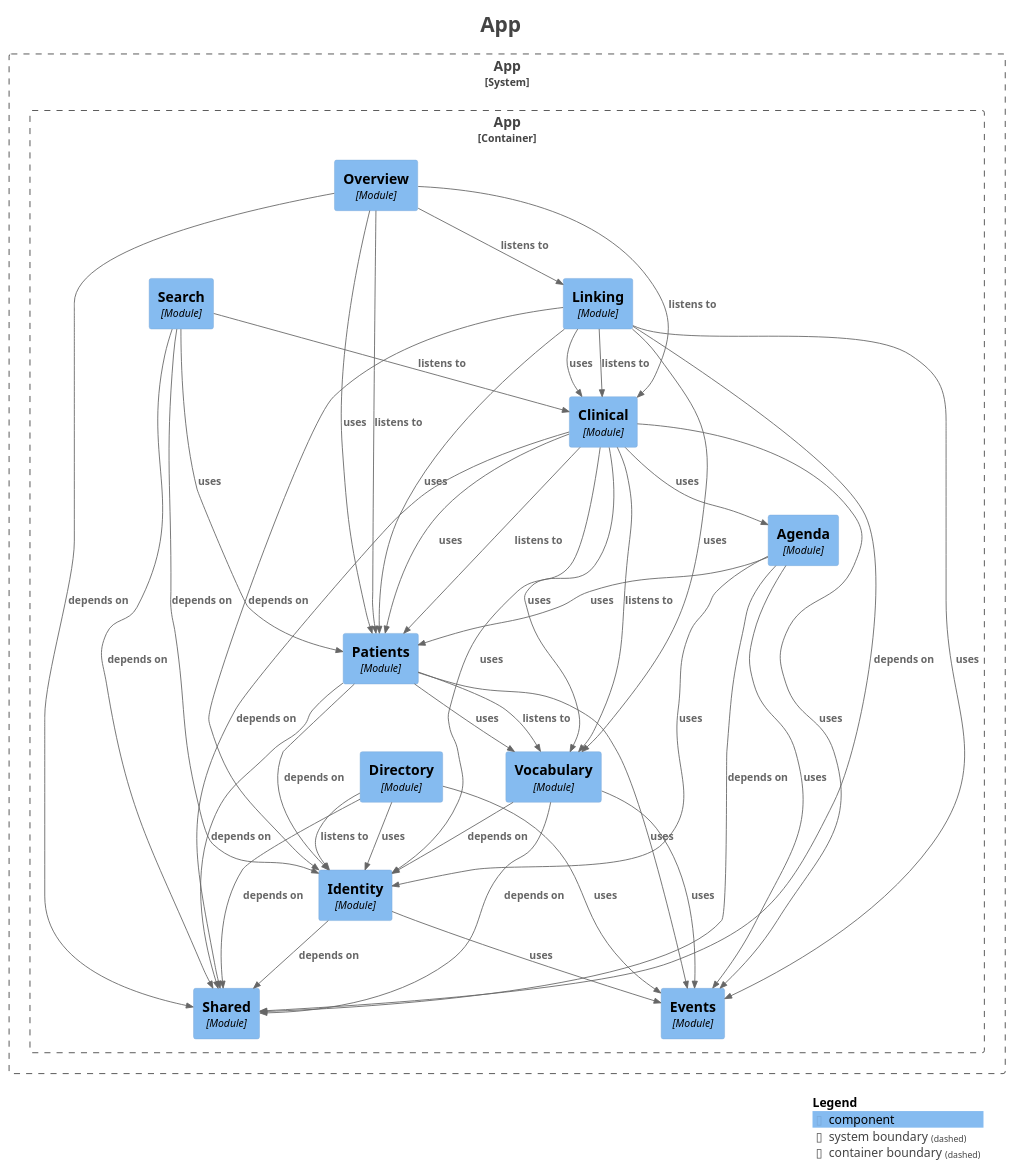
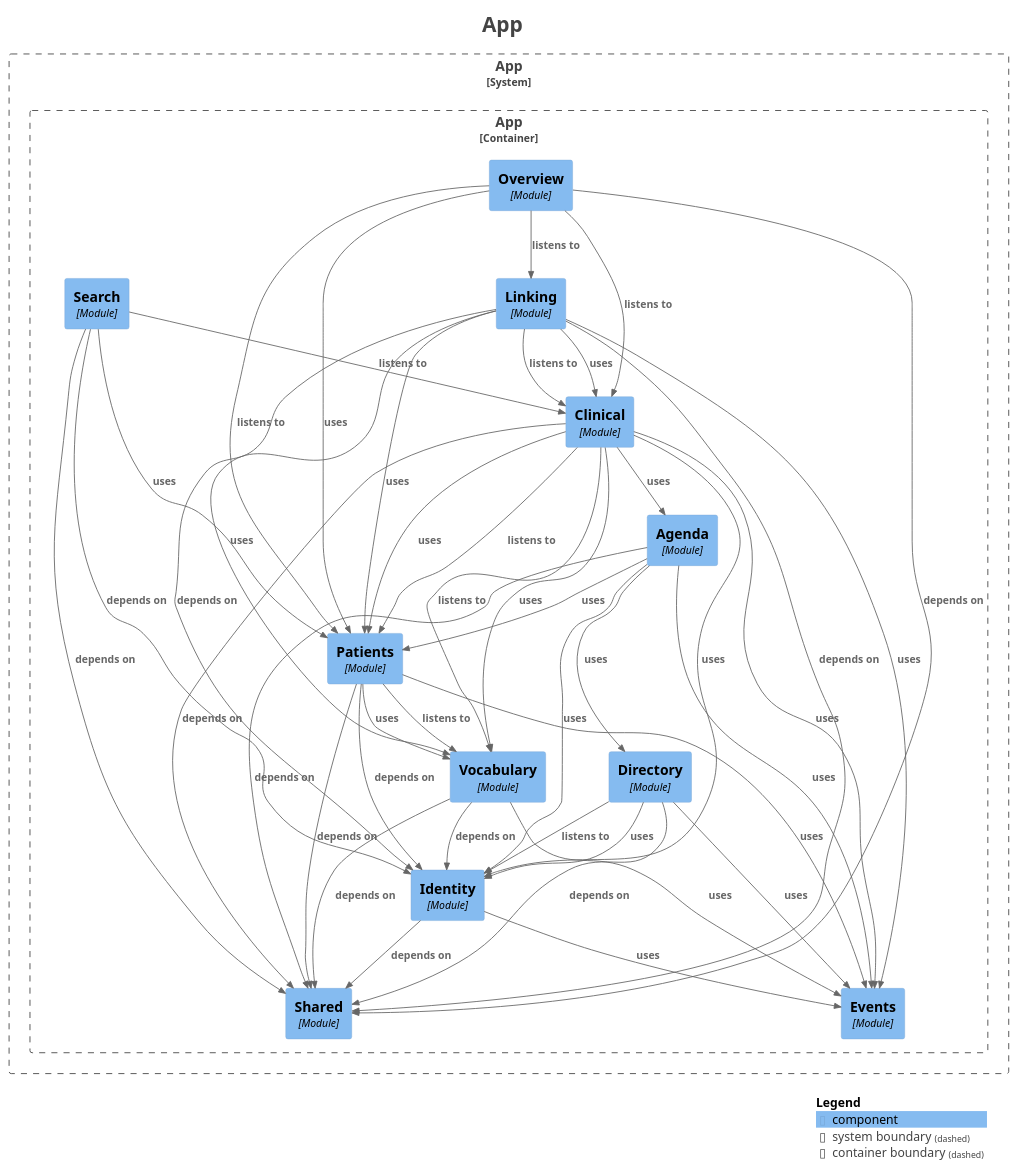
Before and after one commit to mrscams/psymate-api: the diagram in docs/generated/components.puml, drawn with PlantUML. The commit also changed 29 other files, not shown here.

```diff
--- a/docs/generated/components.puml
+++ b/docs/generated/components.puml
@@ -1,80 +1,81 @@
 @startuml
 title <size:24>App</size>
 
 set separator none
 top to bottom direction
 
 <style>
   root {
     BackgroundColor: #ffffff
     FontColor: #444444
   }
 </style>
 
 !include <C4/C4>
 !include <C4/C4_Context>
 !include <C4/C4_Component>
 
 System_Boundary("App_boundary", "App", $tags="") {
   Container_Boundary("App.App_boundary", "App", $tags="") {
     Component(App.App.Agenda, "Agenda", $techn="Module", $descr="", $tags="", $link="")
     Component(App.App.Clinical, "Clinical", $techn="Module", $descr="", $tags="", $link="")
     Component(App.App.Directory, "Directory", $techn="Module", $descr="", $tags="", $link="")
     Component(App.App.Events, "Events", $techn="Module", $descr="", $tags="", $link="")
     Component(App.App.Identity, "Identity", $techn="Module", $descr="", $tags="", $link="")
     Component(App.App.Linking, "Linking", $techn="Module", $descr="", $tags="", $link="")
     Component(App.App.Overview, "Overview", $techn="Module", $descr="", $tags="", $link="")
     Component(App.App.Patients, "Patients", $techn="Module", $descr="", $tags="", $link="")
     Component(App.App.Search, "Search", $techn="Module", $descr="", $tags="", $link="")
     Component(App.App.Shared, "Shared", $techn="Module", $descr="", $tags="", $link="")
     Component(App.App.Vocabulary, "Vocabulary", $techn="Module", $descr="", $tags="", $link="")
   }
 
 }
 
+Rel(App.App.Agenda, App.App.Directory, "uses", $techn="", $tags="", $link="")
 Rel(App.App.Agenda, App.App.Events, "uses", $techn="", $tags="", $link="")
 Rel(App.App.Agenda, App.App.Identity, "uses", $techn="", $tags="", $link="")
 Rel(App.App.Agenda, App.App.Patients, "uses", $techn="", $tags="", $link="")
 Rel(App.App.Agenda, App.App.Shared, "depends on", $techn="", $tags="", $link="")
 Rel(App.App.Clinical, App.App.Agenda, "uses", $techn="", $tags="", $link="")
 Rel(App.App.Clinical, App.App.Events, "uses", $techn="", $tags="", $link="")
 Rel(App.App.Clinical, App.App.Identity, "uses", $techn="", $tags="", $link="")
 Rel(App.App.Clinical, App.App.Patients, "listens to", $techn="", $tags="", $link="")
 Rel(App.App.Clinical, App.App.Patients, "uses", $techn="", $tags="", $link="")
 Rel(App.App.Clinical, App.App.Shared, "depends on", $techn="", $tags="", $link="")
 Rel(App.App.Clinical, App.App.Vocabulary, "listens to", $techn="", $tags="", $link="")
 Rel(App.App.Clinical, App.App.Vocabulary, "uses", $techn="", $tags="", $link="")
 Rel(App.App.Directory, App.App.Events, "uses", $techn="", $tags="", $link="")
 Rel(App.App.Directory, App.App.Identity, "listens to", $techn="", $tags="", $link="")
 Rel(App.App.Directory, App.App.Identity, "uses", $techn="", $tags="", $link="")
 Rel(App.App.Directory, App.App.Shared, "depends on", $techn="", $tags="", $link="")
 Rel(App.App.Identity, App.App.Events, "uses", $techn="", $tags="", $link="")
 Rel(App.App.Identity, App.App.Shared, "depends on", $techn="", $tags="", $link="")
 Rel(App.App.Linking, App.App.Clinical, "listens to", $techn="", $tags="", $link="")
 Rel(App.App.Linking, App.App.Clinical, "uses", $techn="", $tags="", $link="")
 Rel(App.App.Linking, App.App.Events, "uses", $techn="", $tags="", $link="")
 Rel(App.App.Linking, App.App.Identity, "depends on", $techn="", $tags="", $link="")
 Rel(App.App.Linking, App.App.Patients, "uses", $techn="", $tags="", $link="")
 Rel(App.App.Linking, App.App.Shared, "depends on", $techn="", $tags="", $link="")
 Rel(App.App.Linking, App.App.Vocabulary, "uses", $techn="", $tags="", $link="")
 Rel(App.App.Overview, App.App.Clinical, "listens to", $techn="", $tags="", $link="")
 Rel(App.App.Overview, App.App.Linking, "listens to", $techn="", $tags="", $link="")
 Rel(App.App.Overview, App.App.Patients, "listens to", $techn="", $tags="", $link="")
 Rel(App.App.Overview, App.App.Patients, "uses", $techn="", $tags="", $link="")
 Rel(App.App.Overview, App.App.Shared, "depends on", $techn="", $tags="", $link="")
 Rel(App.App.Patients, App.App.Events, "uses", $techn="", $tags="", $link="")
 Rel(App.App.Patients, App.App.Identity, "depends on", $techn="", $tags="", $link="")
 Rel(App.App.Patients, App.App.Shared, "depends on", $techn="", $tags="", $link="")
 Rel(App.App.Patients, App.App.Vocabulary, "listens to", $techn="", $tags="", $link="")
 Rel(App.App.Patients, App.App.Vocabulary, "uses", $techn="", $tags="", $link="")
 Rel(App.App.Search, App.App.Clinical, "listens to", $techn="", $tags="", $link="")
 Rel(App.App.Search, App.App.Identity, "depends on", $techn="", $tags="", $link="")
 Rel(App.App.Search, App.App.Patients, "uses", $techn="", $tags="", $link="")
 Rel(App.App.Search, App.App.Shared, "depends on", $techn="", $tags="", $link="")
 Rel(App.App.Vocabulary, App.App.Events, "uses", $techn="", $tags="", $link="")
 Rel(App.App.Vocabulary, App.App.Identity, "depends on", $techn="", $tags="", $link="")
 Rel(App.App.Vocabulary, App.App.Shared, "depends on", $techn="", $tags="", $link="")
 
 SHOW_LEGEND(true)
 hide stereotypes
 @enduml
```
